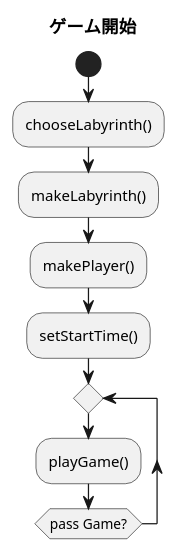
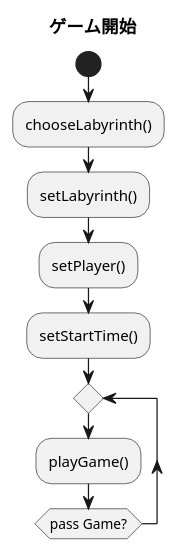
The diagram in Doc/A_startGame.pu (horiyoshihiro/LabyrinthGame), drawn with PlantUML before and after one commit. The commit also changed 21 other files, not shown here.

```diff
--- a/Doc/A_startGame.pu
+++ b/Doc/A_startGame.pu
@@ -1,16 +1,16 @@
 @startuml
 
 title ゲーム開始
 
 start
 
     :chooseLabyrinth();
-    :makeLabyrinth();
-    :makePlayer();
+    :setLabyrinth();
+    :setPlayer();
     :setStartTime();
 
     repeat
         :playGame();
     repeat while (pass Game?)
 
 @enduml
```
